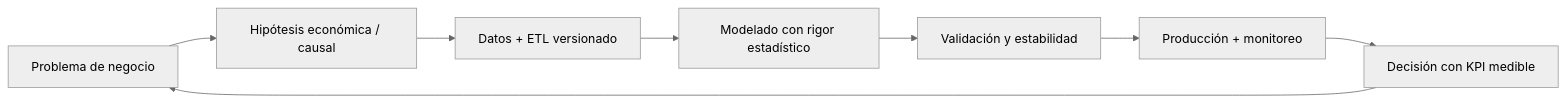
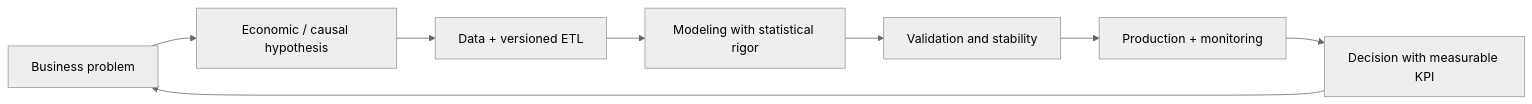
Before and after one commit to jordanvt18/jordanvt18: the diagram in README.md, drawn with Mermaid (neutral theme). The commit also changed other lines of this file, not shown here.

````diff
--- a/README.md
+++ b/README.md
@@ -93,10 +93,10 @@
 ```mermaid
 flowchart LR
-    A["Problema de negocio"] --> B["Hipótesis económica / causal"]
-    B --> C["Datos + ETL versionado"]
-    C --> D["Modelado con rigor estadístico"]
-    D --> E["Validación y estabilidad"]
-    E --> F["Producción + monitoreo"]
-    F --> G["Decisión con KPI medible"]
+    A["Business problem"] --> B["Economic / causal hypothesis"]
+    B --> C["Data + versioned ETL"]
+    C --> D["Modeling with statistical rigor"]
+    D --> E["Validation and stability"]
+    E --> F["Production + monitoring"]
+    F --> G["Decision with measurable KPI"]
     G --> A
 ```
````
